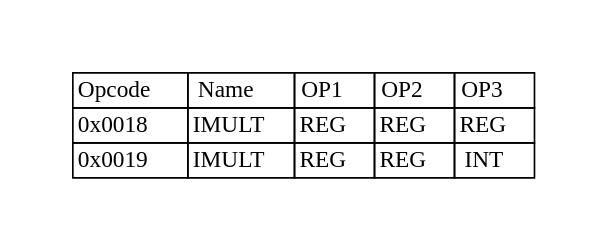
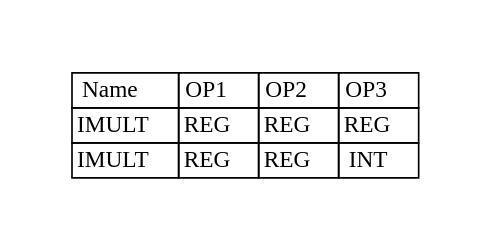
One commit to adesutherland/CREXX changed the diagram in docs/books/crexx_vm_spec/svg/imult.gv. Above: the diagram before and after it, drawn with Graphviz. The commit also changed 319 other files, not shown here.

```diff
--- a/docs/books/crexx_vm_spec/svg/imult.gv
+++ b/docs/books/crexx_vm_spec/svg/imult.gv
@@ -1,10 +1,10 @@
 digraph{
 graph [pad="0.5", nodesep="0.5", ranksep="2" ]
-node[shape=plain]
+node [shape=plain]
 Foo [label=<
 <table border="0" cellborder="1" cellspacing="0">
-<tr><td> Opcode </td> <td> Name </td> <td> OP1 </td><td> OP2 </td><td> OP3 </td> </tr>
-<tr><td> 0x0018 </td><td> IMULT </td><td> REG </td><td> REG </td><td> REG </td> </tr>
-<tr><td> 0x0019 </td><td> IMULT </td><td> REG </td><td> REG </td><td> INT </td> </tr>
+<tr><td> Name </td> <td> OP1 </td><td> OP2 </td><td> OP3 </td> </tr>
+<tr><td> IMULT </td><td> REG </td><td> REG </td><td> REG </td> </tr>
+<tr><td> IMULT </td><td> REG </td><td> REG </td><td> INT </td> </tr>
 </table>>];
 }
```
